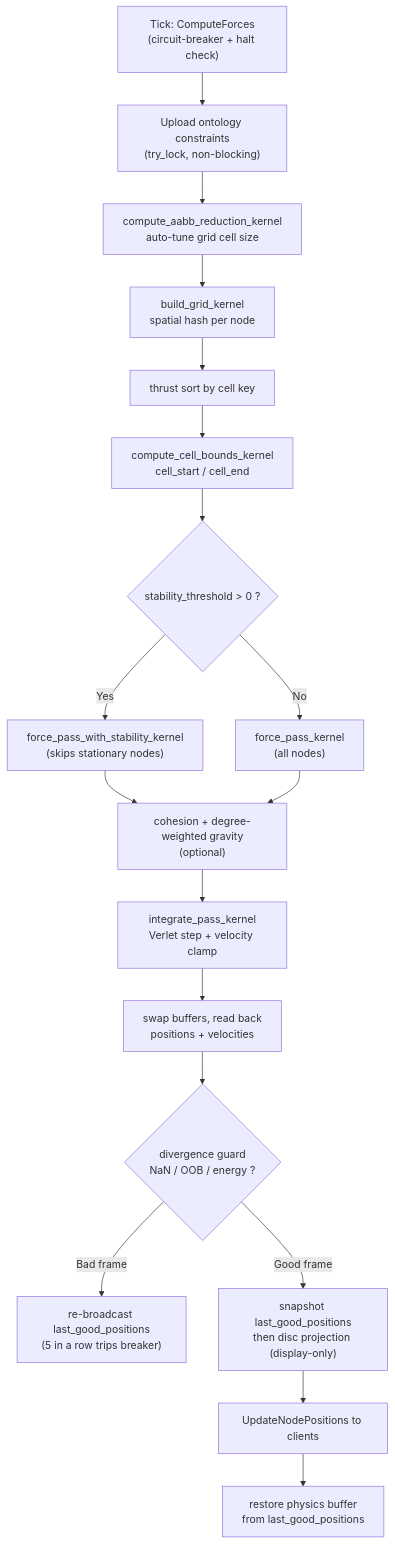
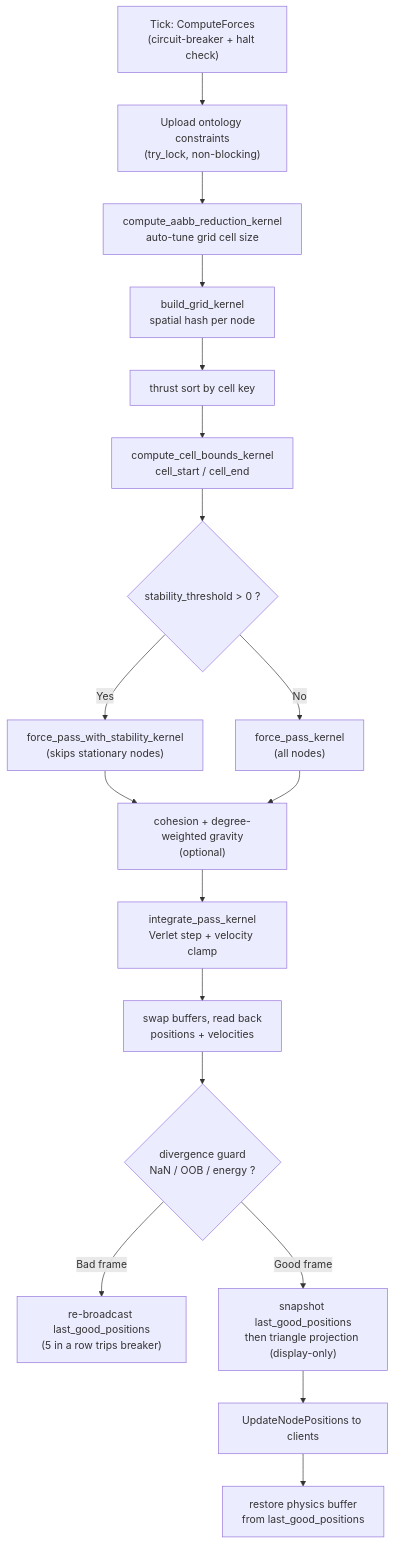
One commit to DreamLab-AI/VisionClaw changed the second of 2 diagrams in docs/explanation/physics-gpu-engine.md. Above: the diagram before and after it, drawn with Mermaid. The commit also changed other lines of this file and 14 other files, not shown here.

````diff
--- a/docs/explanation/physics-gpu-engine.md
+++ b/docs/explanation/physics-gpu-engine.md
@@ -161,20 +161,20 @@
 ```mermaid
 flowchart TB
     A["Tick: ComputeForces<br/>(circuit-breaker + halt check)"] --> B["Upload ontology constraints<br/>(try_lock, non-blocking)"]
     B --> C["compute_aabb_reduction_kernel<br/>auto-tune grid cell size"]
     C --> D["build_grid_kernel<br/>spatial hash per node"]
     D --> E["thrust sort by cell key"]
     E --> F["compute_cell_bounds_kernel<br/>cell_start / cell_end"]
     F --> G{"stability_threshold > 0 ?"}
     G -->|Yes| H["force_pass_with_stability_kernel<br/>(skips stationary nodes)"]
     G -->|No| I["force_pass_kernel<br/>(all nodes)"]
     H --> J["cohesion + degree-weighted gravity<br/>(optional)"]
     I --> J
     J --> K["integrate_pass_kernel<br/>Verlet step + velocity clamp"]
     K --> L["swap buffers, read back<br/>positions + velocities"]
     L --> M{"divergence guard<br/>NaN / OOB / energy ?"}
     M -->|Bad frame| N["re-broadcast last_good_positions<br/>(5 in a row trips breaker)"]
-    M -->|Good frame| O["snapshot last_good_positions<br/>then disc projection (display-only)"]
+    M -->|Good frame| O["snapshot last_good_positions<br/>then triangle projection (display-only)"]
     O --> P["UpdateNodePositions to clients"]
     P --> Q["restore physics buffer<br/>from last_good_positions"]
 ```
````
